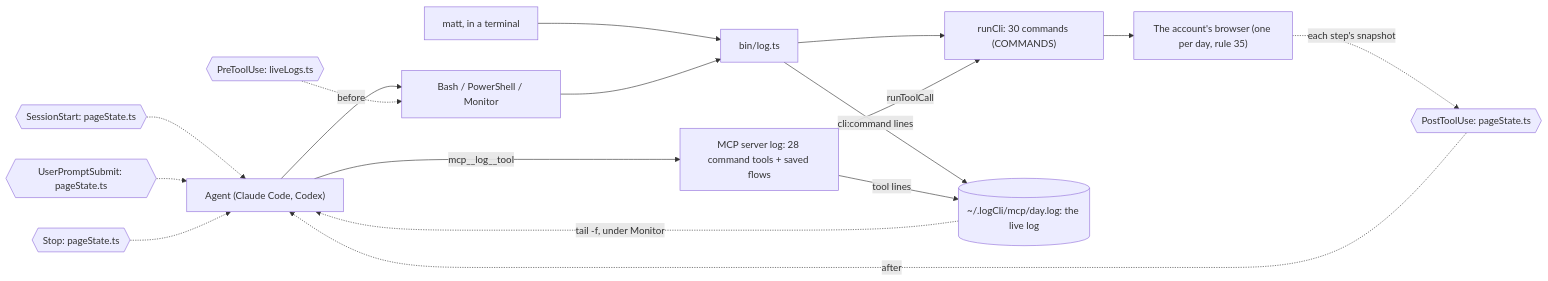
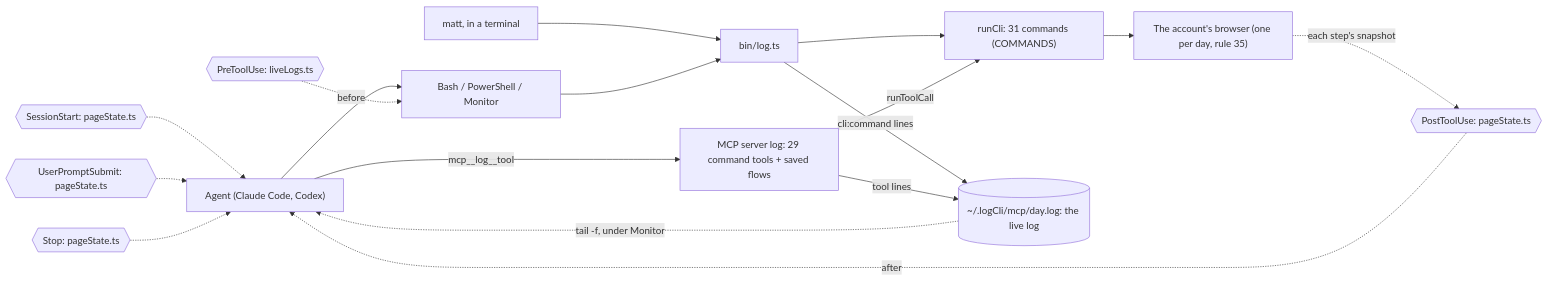
One commit to matthewdonsemail-lab/log changed the diagram in docs/diagrams/surface.mmd. Above: the diagram before and after it, drawn with Mermaid. The commit also changed 349 other files, not shown here.

Commit message:
feat: the platform comes first, log <platform> <command> …, in every command; log facebook poll replaces read --worker (rule 63)

```diff
--- a/docs/diagrams/surface.mmd
+++ b/docs/diagrams/surface.mmd
@@ -1,27 +1,27 @@
 %% How a call reaches log-cli. From a shell or over MCP, both run the same commands through `runCli`, write the same live log, and pass through the same hooks.
 %% Written by `bun run docs:build` from the code (rule 56). Not edited by hand.
 flowchart LR
   agent["Agent (Claude Code, Codex)"]
   matt["matt, in a terminal"]
   shell["Bash / PowerShell / Monitor"]
-  mcp["MCP server log: 28 command tools + saved flows"]
+  mcp["MCP server log: 29 command tools + saved flows"]
   bin["bin/log.ts"]
-  runCli["runCli: 30 commands (COMMANDS)"]
+  runCli["runCli: 31 commands (COMMANDS)"]
   live[("~/.logCli/mcp/day.log: the live log")]
   browser["The account's browser (one per day, rule 35)"]
   agent --> shell
   matt --> bin
   shell --> bin
   agent -->|mcp__log__tool| mcp
   bin --> runCli
   mcp -->|runToolCall| runCli
   runCli --> browser
   bin -->|cli:command lines| live
   mcp -->|tool lines| live
   live -.->|tail -f, under Monitor| agent
   pre0{{"PreToolUse: liveLogs.ts"}} -.->|before| shell
   post0{{"PostToolUse: pageState.ts"}} -.->|after| agent
   turn0{{"SessionStart: pageState.ts"}} -.-> agent
   turn1{{"UserPromptSubmit: pageState.ts"}} -.-> agent
   turn2{{"Stop: pageState.ts"}} -.-> agent
   browser -.->|each step's snapshot| post0
```
